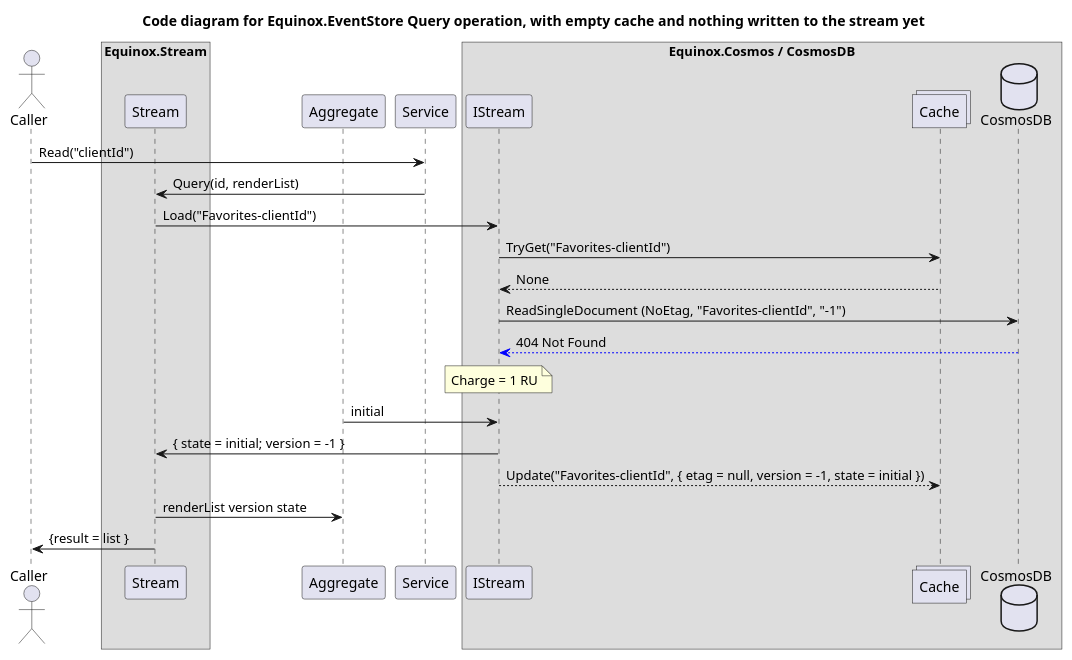
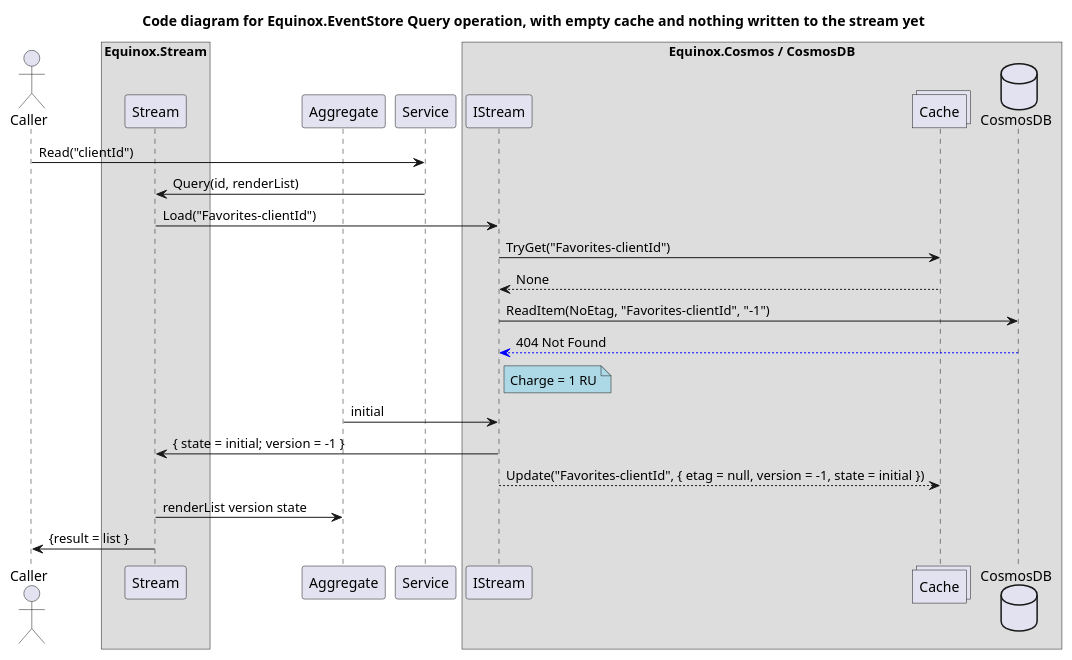
The first of 4 diagrams in diagrams/CosmosCode.puml (jet/equinox), drawn with PlantUML before and after one commit. The commit also changed other lines of this file, not shown here.

Commit message:
Cosmos tidying

```diff
--- a/diagrams/CosmosCode.puml
+++ b/diagrams/CosmosCode.puml
@@ -1,30 +1,30 @@
 @startuml
 title Code diagram for Equinox.EventStore Query operation, with empty cache and nothing written to the stream yet
 
 actor Caller order 20
 box "Equinox.Stream"
     participant Stream order 40
 end box
 participant Aggregate order 50
 participant Service order 60
 box "Equinox.Cosmos / CosmosDB"
   participant IStream order 80
   collections Cache order 90
   database CosmosDB order 100
 end box
 
 Caller -> Service: Read("clientId")
 participant Aggregate
 Service -> Stream: Query(id, renderList)
 Stream -> IStream: Load("Favorites-clientId")
 IStream -> Cache: TryGet("Favorites-clientId")
 Cache --> IStream: None
-IStream -> CosmosDB: ReadSingleDocument (NoEtag, "Favorites-clientId", "-1")
+IStream -> CosmosDB: ReadItem(NoEtag, "Favorites-clientId", "-1")
 CosmosDB -[#blue]-> IStream: 404 Not Found
-note over IStream: Charge = 1 RU
+note right IStream #lightblue: Charge = 1 RU
 IStream <- Aggregate: initial
 IStream -> Stream: { state = initial; version = -1 }
 IStream --> Cache: Update("Favorites-clientId", { etag = null, version = -1, state = initial })
 Stream -> Aggregate: renderList version state
 Stream -> Caller: {result = list }
 @enduml
```
